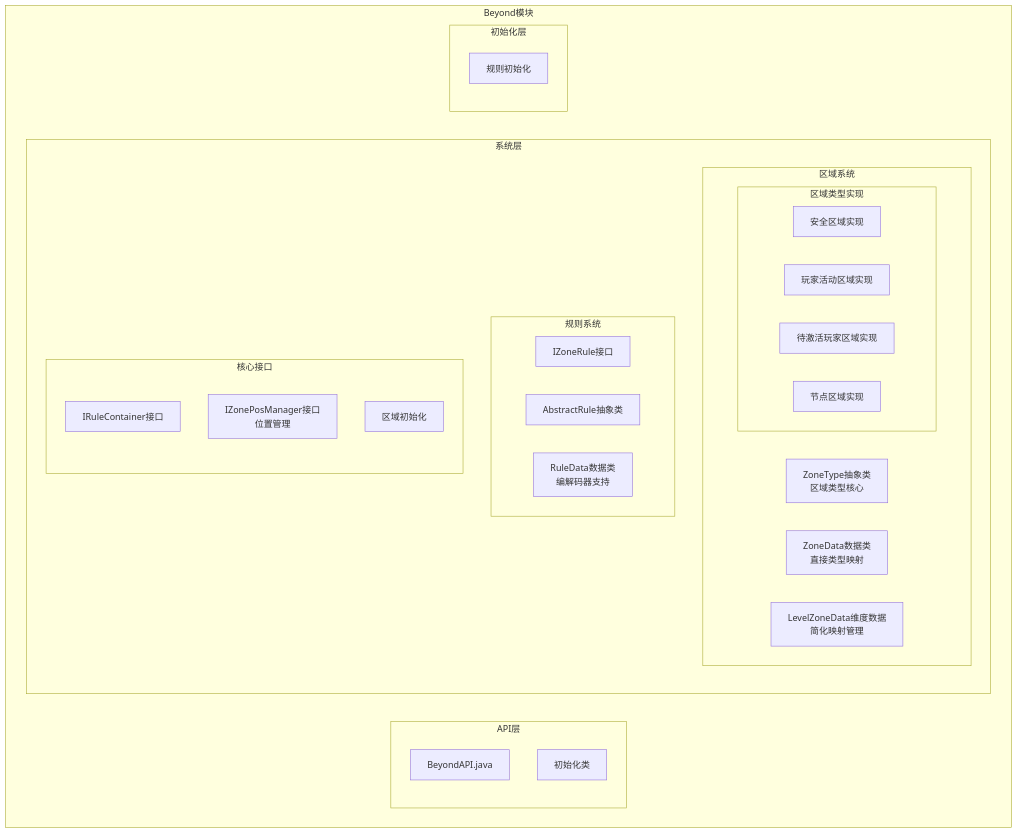
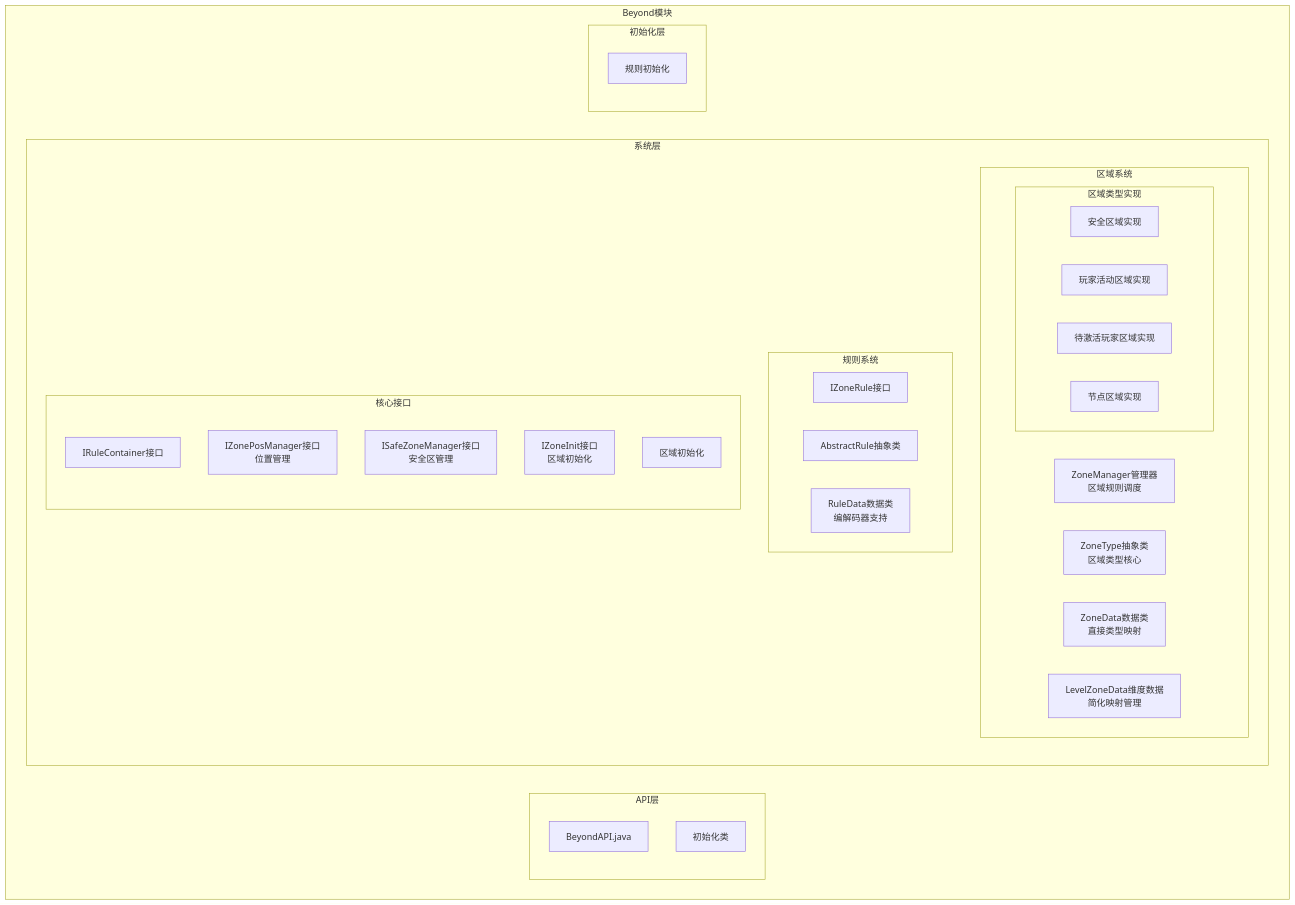
One commit to Ver-shift/SubModulesGeneHunter changed the first of 11 diagrams in .qoder/repowiki/zh/content/Zone Management System.md. Above: the diagram before and after it, drawn with Mermaid. The commit also changed other lines of this file and 49 other files, not shown here.

````diff
--- a/.qoder/repowiki/zh/content/Zone Management System.md
+++ b/.qoder/repowiki/zh/content/Zone Management System.md
@@ -62,36 +68,39 @@
 ```mermaid
 graph TB
 subgraph "Beyond模块"
 subgraph "API层"
 API[BeyondAPI.java]
 Init[初始化类]
 end
 subgraph "系统层"
 subgraph "区域系统"
+ZoneManager[ZoneManager管理器<br/>区域规则调度]
 ZoneType[ZoneType抽象类<br/>区域类型核心]
 ZoneData[ZoneData数据类<br/>直接类型映射]
 LevelZoneData[LevelZoneData维度数据<br/>简化映射管理]
 subgraph "区域类型实现"
 SafeZone[安全区域实现]
 PlayerActiveZone[玩家活动区域实现]
 PendingPlayerActiveZone[待激活玩家区域实现]
 NodeZone[节点区域实现]
 end
 end
 subgraph "规则系统"
 IZoneRule[IZoneRule接口]
 AbstractRule[AbstractRule抽象类]
 RuleData[RuleData数据类<br/>编解码器支持]
 end
 subgraph "核心接口"
 IRuleContainer[IRuleContainer接口]
 IZonePosManager[IZonePosManager接口<br/>位置管理]
+ISafeZoneManager[ISafeZoneManager接口<br/>安全区管理]
+IZoneInit[IZoneInit接口<br/>区域初始化]
 BeyondZoneInit[区域注册表<br/>动态注册]
 end
 end
 subgraph "初始化层"
 BeyondZoneInit[区域初始化]
 BeyondZoneRuleInit[规则初始化]
 end
 end
 ```
````
